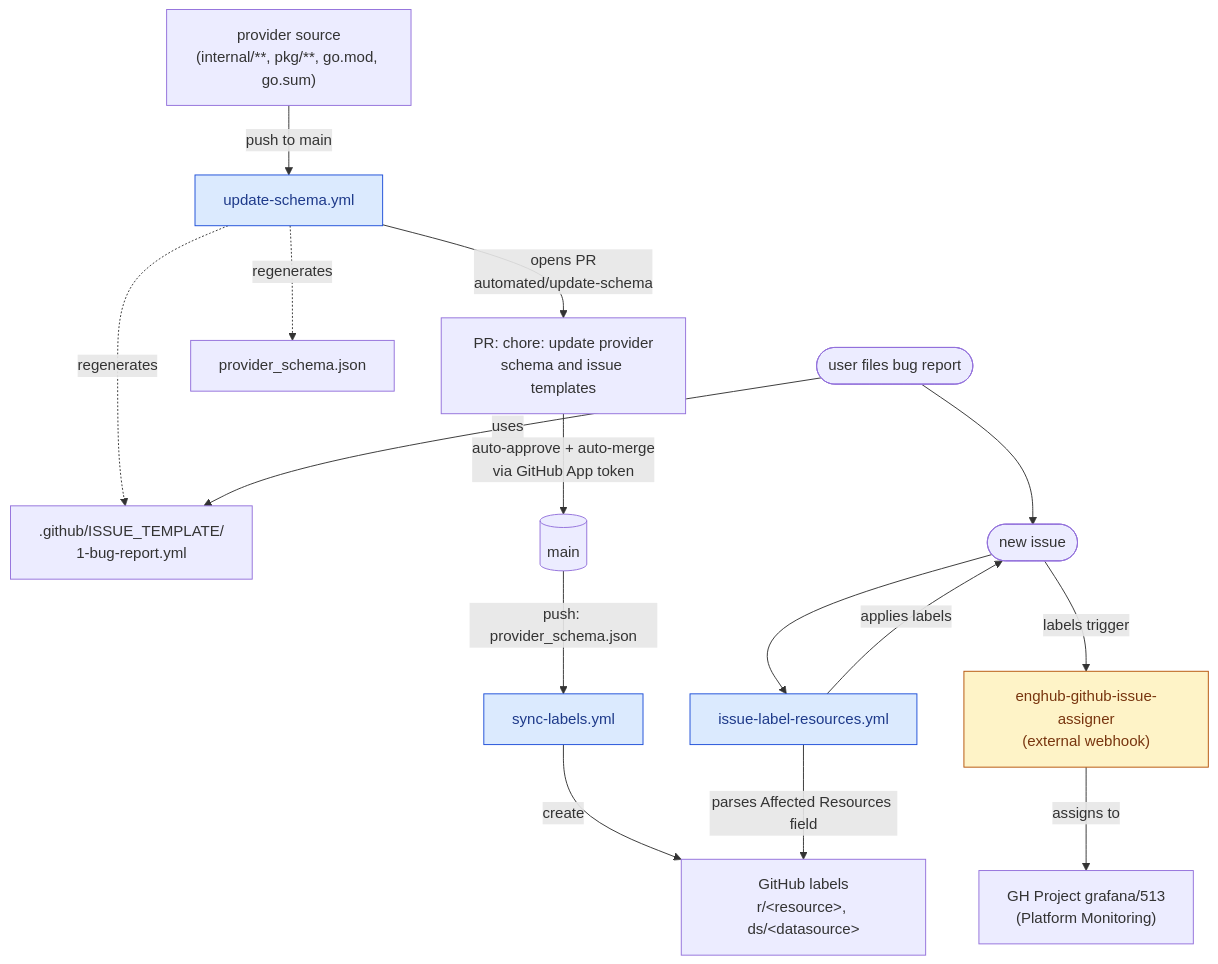
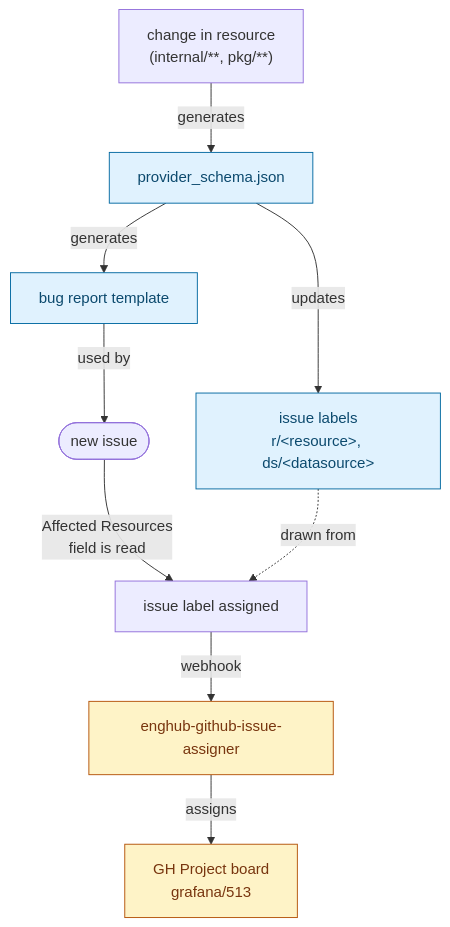
Before and after one commit to grafana/terraform-provider-grafana: the first of 2 diagrams in .github/README.md, drawn with Mermaid. The commit also changed other lines of this file, not shown here.

First line of the commit message:
docs(github): make diagrams artifact-centric instead of workflow-centric

````diff
--- a/.github/README.md
+++ b/.github/README.md
@@ -27,27 +31,19 @@
 ```mermaid
 flowchart TD
-    src["provider source<br/>(internal/**, pkg/**, go.mod, go.sum)"]
-    src -->|push to main| us[update-schema.yml]
+    src["change in resource<br/>(internal/**, pkg/**)"]
+    src -->|generates| schema[provider_schema.json]
+    schema -->|generates| tmpl[bug report template]
+    schema -->|updates| labels["issue labels<br/>r/&lt;resource&gt;, ds/&lt;datasource&gt;"]
 
-    us -->|opens PR<br/>automated/update-schema| pr["PR: chore: update provider<br/>schema and issue templates"]
-    us -.->|regenerates| schema[provider_schema.json]
-    us -.->|regenerates| tmpl[".github/ISSUE_TEMPLATE/<br/>1-bug-report.yml"]
-    pr -->|auto-approve + auto-merge<br/>via GitHub App token| main[(main)]
+    issue([new issue])
+    tmpl -->|used by| issue
+    issue -->|Affected Resources<br/>field is read| label_apply[issue label assigned]
+    labels -.->|drawn from| label_apply
+    label_apply -->|webhook| eng[enghub-github-issue-assigner]
+    eng -->|assigns| board["GH Project board<br/>grafana/513"]
 
-    main -->|push: provider_schema.json| sl[sync-labels.yml]
-    sl -->|create| labels["GitHub labels<br/>r/&lt;resource&gt;, ds/&lt;datasource&gt;"]
-
-    user([user files bug report]) -->|uses| tmpl
-    user --> issue([new issue])
-    issue --> ilr[issue-label-resources.yml]
-    ilr -->|parses Affected Resources field| labels
-    ilr -->|applies labels| issue
-
-    issue -->|labels trigger| webhook["enghub-github-issue-assigner<br/>(external webhook)"]
-    webhook -->|assigns to| project["GH Project grafana/513<br/>(Platform Monitoring)"]
-
-    classDef workflow fill:#dbeafe,stroke:#1d4ed8,color:#1e3a8a;
+    classDef artifact fill:#e0f2fe,stroke:#0369a1,color:#0c4a6e;
     classDef external fill:#fef3c7,stroke:#b45309,color:#78350f;
-    class us,sl,ilr workflow;
-    class webhook external;
+    class schema,tmpl,labels artifact;
+    class eng,board external;
 ```
````
